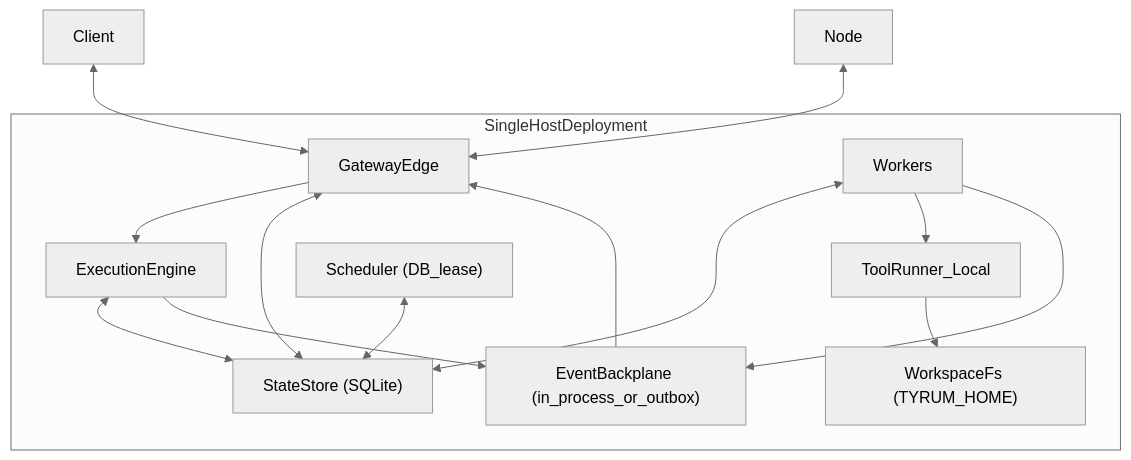
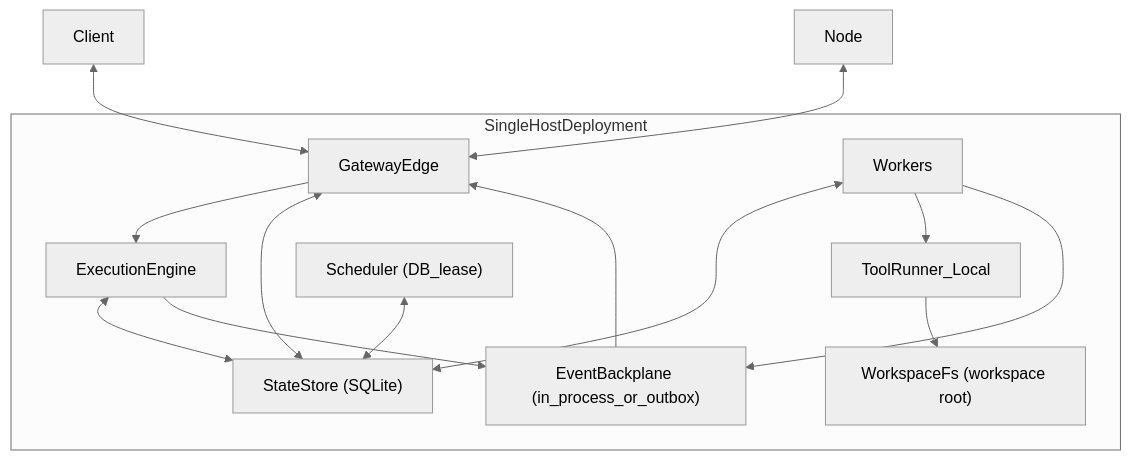
One commit to tyrumai/tyrum changed the first of 2 diagrams in docs/architecture/scaling-ha.md. Above: the diagram before and after it, drawn with Mermaid (neutral theme). The commit also changed other lines of this file and 46 other files, not shown here.

Commit message:
docs(architecture): make docs timeless

````diff
--- a/docs/architecture/scaling-ha.md
+++ b/docs/architecture/scaling-ha.md
@@ -144,27 +140,27 @@
 ```mermaid
 flowchart TB
   subgraph singleHost[SingleHostDeployment]
     GatewayEdge[GatewayEdge]
     ExecutionEngine[ExecutionEngine]
     WorkerPool[Workers]
     ToolRunner[ToolRunner_Local]
     Scheduler["Scheduler (DB_lease)"]
     StateStore["StateStore (SQLite)"]
     Backplane["EventBackplane (in_process_or_outbox)"]
 
     GatewayEdge --> ExecutionEngine
     GatewayEdge <--> StateStore
     ExecutionEngine <--> StateStore
     WorkerPool <--> StateStore
     Scheduler <--> StateStore
     WorkerPool --> ToolRunner
-    ToolRunner --> WorkspaceFs["WorkspaceFs (TYRUM_HOME)"]
+    ToolRunner --> WorkspaceFs["WorkspaceFs (workspace root)"]
 
     WorkerPool --> Backplane
     ExecutionEngine --> Backplane
     Backplane --> GatewayEdge
   end
 
   Client[Client] <--> GatewayEdge
   NodeRuntime[Node] <--> GatewayEdge
 ```
````
